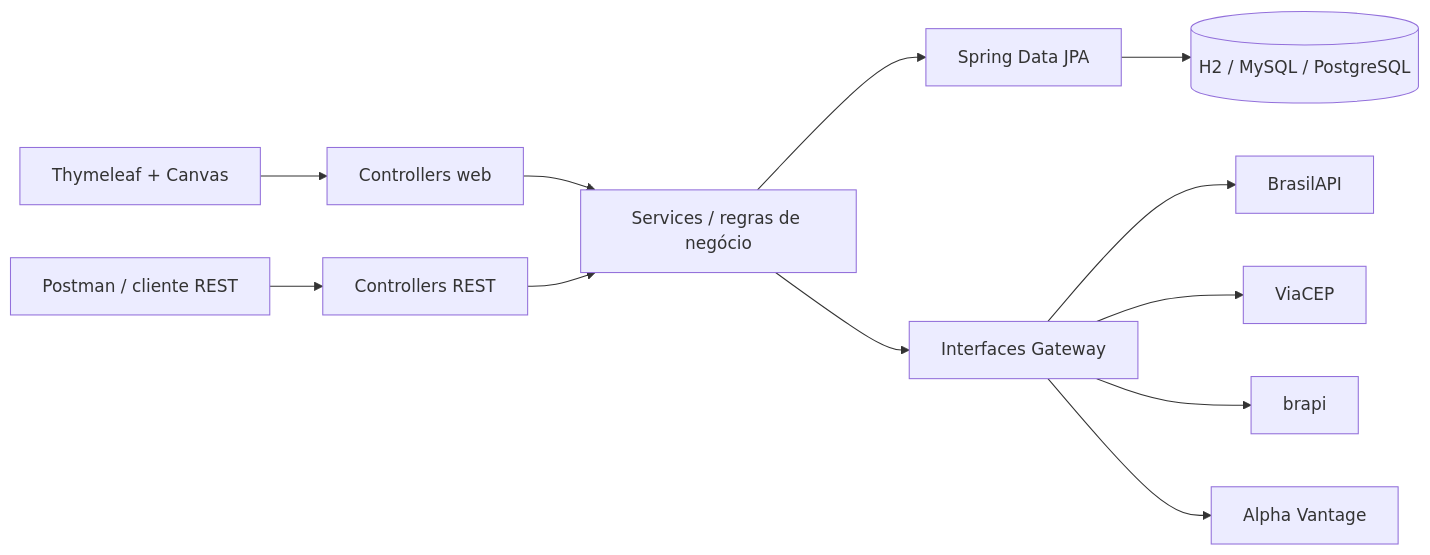
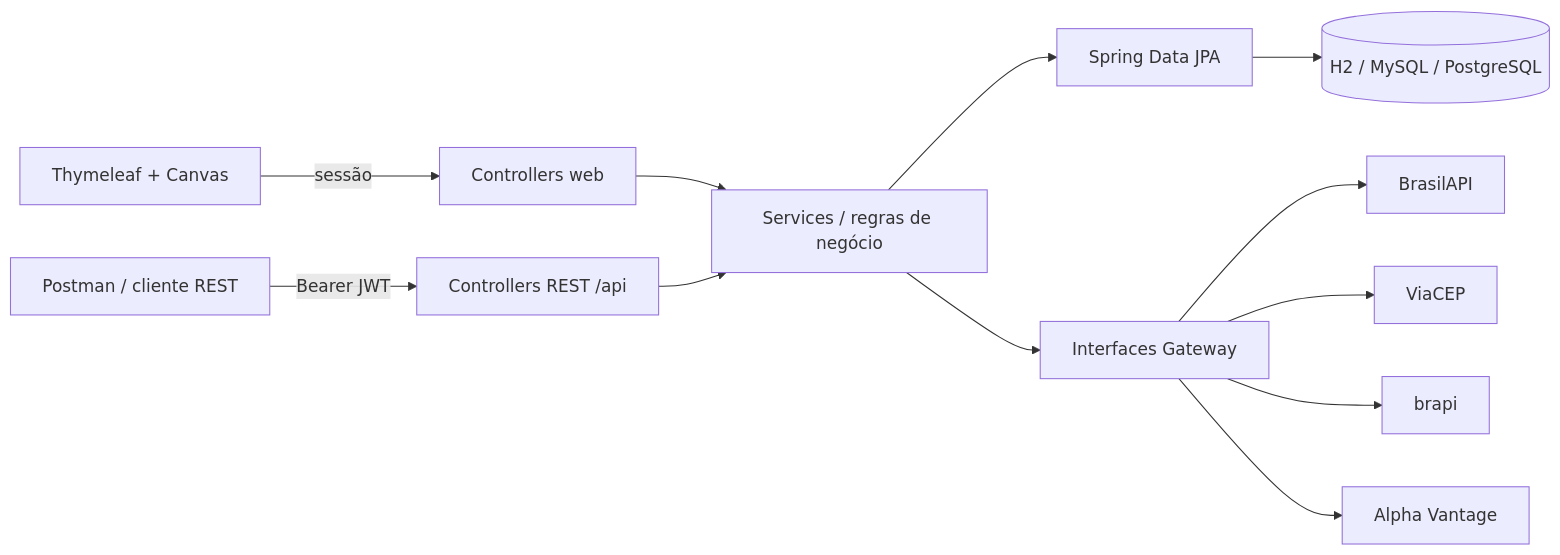
One commit to Deyvid-SI/Carteira changed the first of 2 diagrams in README.md. Above: the diagram before and after it, drawn with Mermaid. The commit also changed other lines of this file and 7 other files, not shown here.

````diff
--- a/README.md
+++ b/README.md
@@ -196,14 +256,14 @@
 ```mermaid
 flowchart LR
-    UI[Thymeleaf + Canvas] --> WEB[Controllers web]
-    CLIENT[Postman / cliente REST] --> API[Controllers REST]
+    UI[Thymeleaf + Canvas] -->|sessão| WEB[Controllers web]
+    CLIENT[Postman / cliente REST] -->|Bearer JWT| API[Controllers REST /api]
     WEB --> SERVICE[Services / regras de negócio]
     API --> SERVICE
     SERVICE --> REPO[Spring Data JPA]
     REPO --> DB[(H2 / MySQL / PostgreSQL)]
     SERVICE --> PORTS[Interfaces Gateway]
     PORTS --> BRASIL[BrasilAPI]
     PORTS --> CEP[ViaCEP]
     PORTS --> BRAPI[brapi]
     PORTS --> ALPHA[Alpha Vantage]
 ```
````
